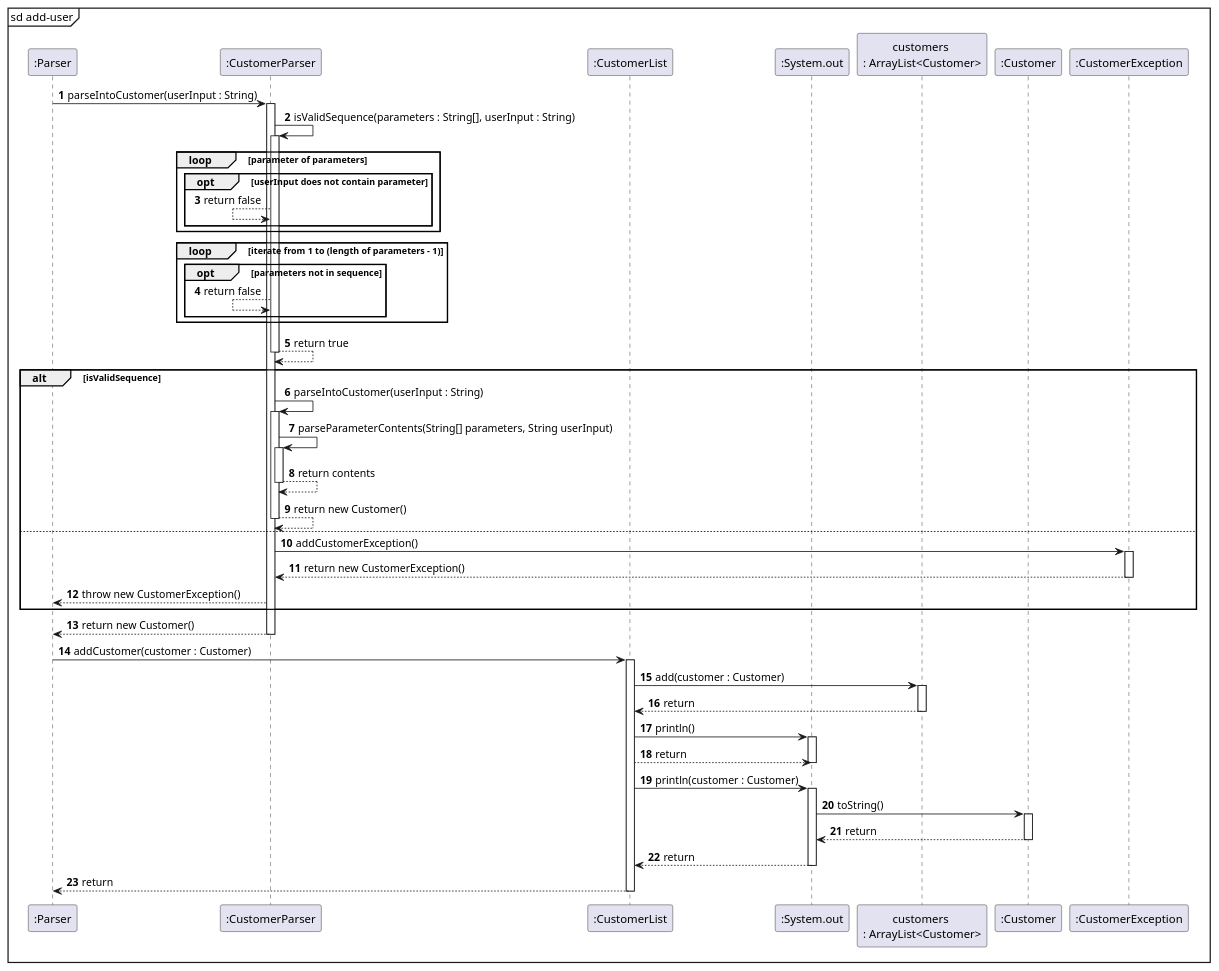
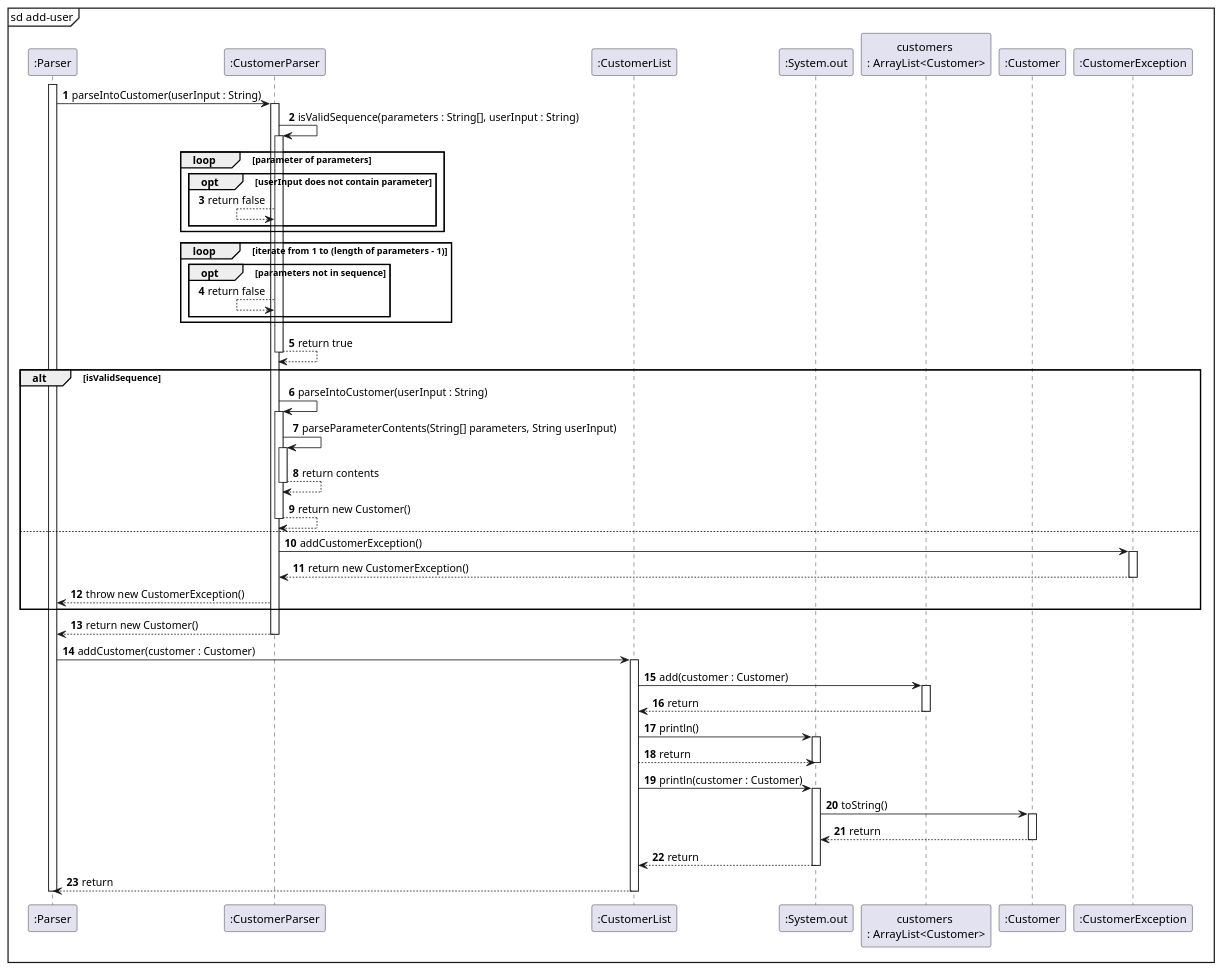
One commit to rexkoh425/tp changed the diagram in docs/UML/AddCustomerSequence.puml. Above: the diagram before and after it, drawn with PlantUML. The commit also changed 1 other file, not shown here.

```diff
--- a/docs/UML/AddCustomerSequence.puml
+++ b/docs/UML/AddCustomerSequence.puml
@@ -1,76 +1,79 @@
 @startuml
 'https://plantuml.com/sequence-diagram
 
 autonumber
 mainframe sd add-user
 participant ":Parser" as Parser
 participant ":CustomerParser" as CustomerParser
 participant ":CustomerList" as CustomerList
 participant ":System.out" as System.out
 participant "customers \n: ArrayList<Customer>" as CustomerArrayList
 participant ":Customer" as Customer
 participant ":CustomerException" as CustomerException
 
+activate Parser
 Parser -> CustomerParser : parseIntoCustomer(userInput : String)
 activate CustomerParser
     CustomerParser -> CustomerParser : isValidSequence(parameters : String[], userInput : String)
     activate CustomerParser
         loop parameter of parameters
             opt userInput does not contain parameter
                 CustomerParser <-- CustomerParser : return false
             end opt
         end loop
 
         loop iterate from 1 to (length of parameters - 1)
             opt parameters not in sequence
                 CustomerParser <-- CustomerParser : return false
             end opt
         end loop
 
         CustomerParser --> CustomerParser : return true
     deactivate CustomerParser
 
     alt isValidSequence
         CustomerParser -> CustomerParser : parseIntoCustomer(userInput : String)
         activate CustomerParser
             CustomerParser -> CustomerParser :parseParameterContents(String[] parameters, String userInput)
             activate CustomerParser
                 CustomerParser --> CustomerParser : return contents
             deactivate CustomerParser
             CustomerParser --> CustomerParser : return new Customer()
         deactivate CustomerParser
     else
         CustomerParser -> CustomerException : addCustomerException()
         activate CustomerException
 
             CustomerException --> CustomerParser : return new CustomerException()
         deactivate CustomerException
         Parser <-- CustomerParser : throw new CustomerException()
     end alt
     Parser <-- CustomerParser : return new Customer()
+
 deactivate CustomerParser
 
 Parser -> CustomerList : addCustomer(customer : Customer)
 activate CustomerList
 
     CustomerList -> CustomerArrayList : add(customer : Customer)
     activate CustomerArrayList
 
         CustomerArrayList --> CustomerList : return
     deactivate CustomerArrayList
 
     CustomerList -> System.out : println()
     activate System.out
         System.out <-- CustomerList : return
     deactivate System.out
     CustomerList -> System.out : println(customer : Customer)
     activate System.out
         System.out -> Customer : toString()
         activate Customer
             Customer --> System.out : return
         deactivate Customer
     CustomerList <-- System.out : return
     deactivate System.out
 Parser <-- CustomerList : return
 deactivate CustomerList
+deactivate Parser
 @enduml
```
